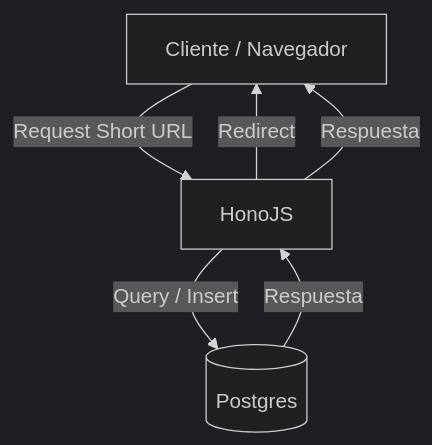
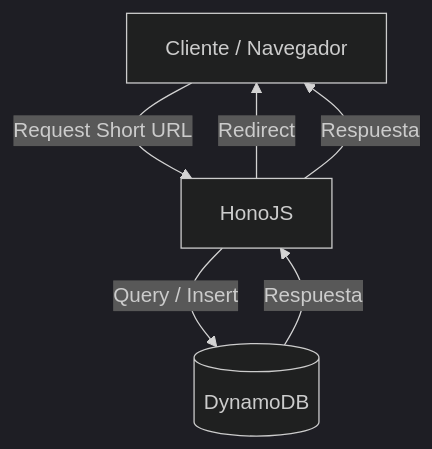
The diagram in README.md (Dxnale/URL-Shortener-Hono), drawn with Mermaid (dark theme) before and after one commit. The commit also changed other lines of this file and 4 other files, not shown here.

````diff
--- a/README.md
+++ b/README.md
@@ -15,8 +15,8 @@
 ```mermaid
 flowchart TD
     A[Cliente / Navegador] -->|Request Short URL| B[HonoJS]
-    B -->|Query / Insert| C[(Postgres)]
+    B -->|Query / Insert| C[(DynamoDB)]
     B -->|Redirect| A
     C -->|Respuesta| B
     B -->|Respuesta| A
 ```
````
